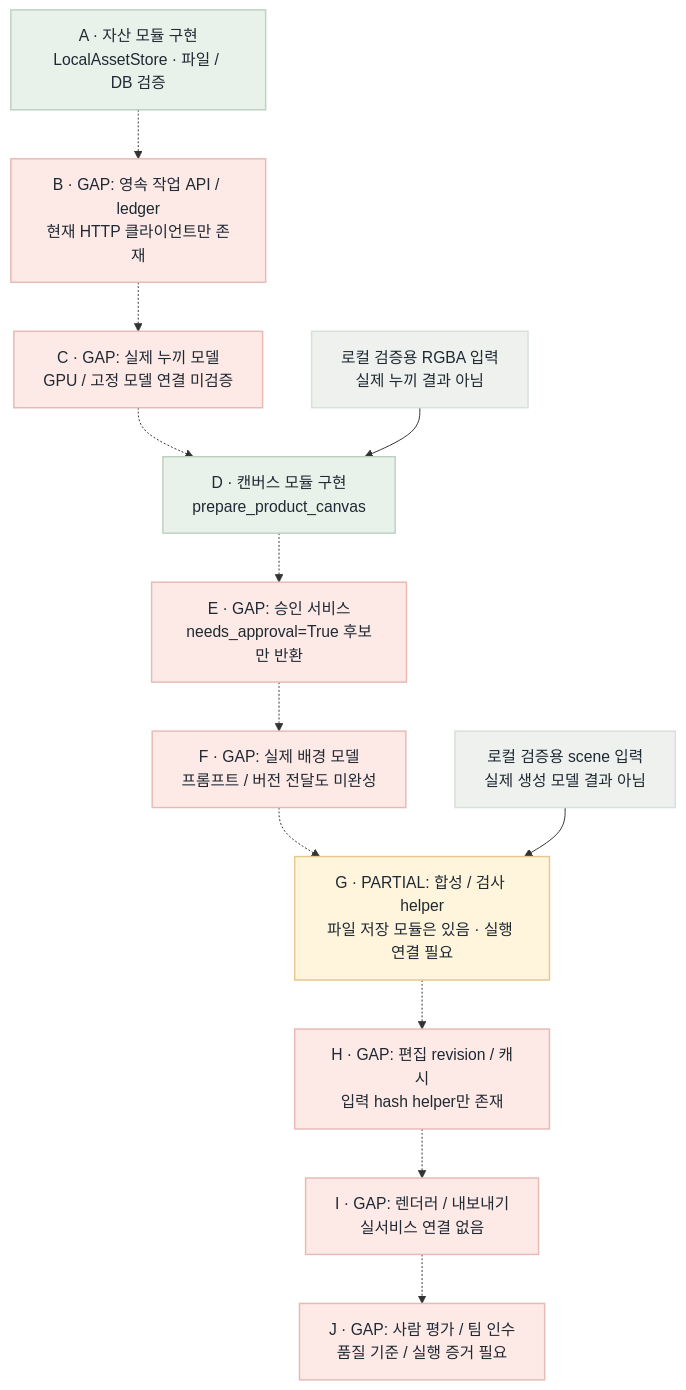
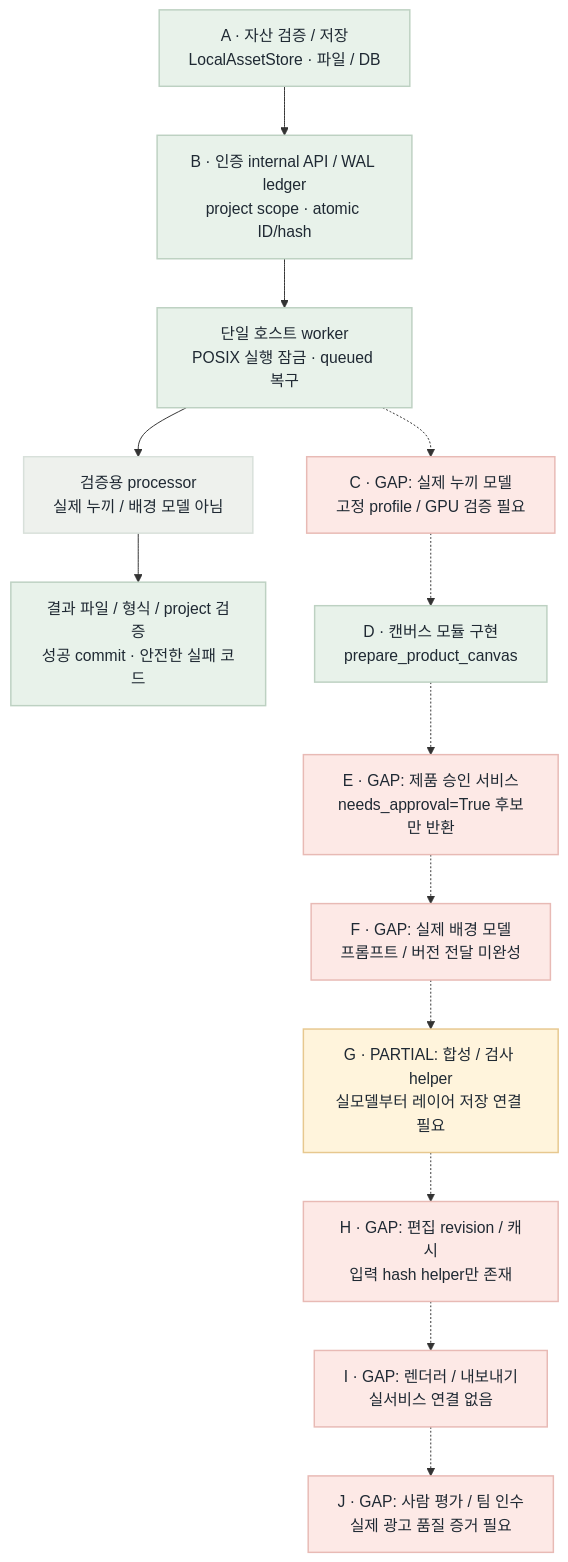
Before and after one commit to uyt5041-lab/beauty-ai-models: the second of 2 diagrams in fivecircles/architecture/spec/image-runtime-flow.md, drawn with Mermaid. The commit also changed other lines of this file and 21 other files, not shown here.

````diff
--- a/fivecircles/architecture/spec/image-runtime-flow.md
+++ b/fivecircles/architecture/spec/image-runtime-flow.md
@@ -41,23 +41,24 @@
 ```mermaid
 flowchart TB
-    A["A · 자산 모듈 구현<br/>LocalAssetStore · 파일 / DB 검증"]:::green
-    B["B · GAP: 영속 작업 API / ledger<br/>현재 HTTP 클라이언트만 존재"]:::red
-    C["C · GAP: 실제 누끼 모델<br/>GPU / 고정 모델 연결 미검증"]:::red
+    A["A · 자산 검증 / 저장<br/>LocalAssetStore · 파일 / DB"]:::green
+    B["B · 인증 internal API / WAL ledger<br/>project scope · atomic ID/hash"]:::green
+    W["단일 호스트 worker<br/>POSIX 실행 잠금 · queued 복구"]:::green
+    T["검증용 processor<br/>실제 누끼 / 배경 모델 아님"]:::gray
+    R["결과 파일 / 형식 / project 검증<br/>성공 commit · 안전한 실패 코드"]:::green
+    C["C · GAP: 실제 누끼 모델<br/>고정 profile / GPU 검증 필요"]:::red
     D["D · 캔버스 모듈 구현<br/>prepare_product_canvas"]:::green
-    E["E · GAP: 승인 서비스<br/>needs_approval=True 후보만 반환"]:::red
-    F["F · GAP: 실제 배경 모델<br/>프롬프트 / 버전 전달도 미완성"]:::red
-    G["G · PARTIAL: 합성 / 검사 helper<br/>파일 저장 모듈은 있음 · 실행 연결 필요"]:::amber
+    E["E · GAP: 제품 승인 서비스<br/>needs_approval=True 후보만 반환"]:::red
+    F["F · GAP: 실제 배경 모델<br/>프롬프트 / 버전 전달 미완성"]:::red
+    G["G · PARTIAL: 합성 / 검사 helper<br/>실모델부터 레이어 저장 연결 필요"]:::amber
     H["H · GAP: 편집 revision / 캐시<br/>입력 hash helper만 존재"]:::red
     I["I · GAP: 렌더러 / 내보내기<br/>실서비스 연결 없음"]:::red
-    J["J · GAP: 사람 평가 / 팀 인수<br/>품질 기준 / 실행 증거 필요"]:::red
-    T["로컬 검증용 RGBA 입력<br/>실제 누끼 결과 아님"]:::gray
-    U["로컬 검증용 scene 입력<br/>실제 생성 모델 결과 아님"]:::gray
-    A -.-> B -.-> C -.-> D -.-> E -.-> F -.-> G -.-> H -.-> I -.-> J
-    T --> D
-    U --> G
+    J["J · GAP: 사람 평가 / 팀 인수<br/>실제 광고 품질 증거 필요"]:::red
+    A --> B --> W
+    W --> T --> R
+    W -.-> C -.-> D -.-> E -.-> F -.-> G -.-> H -.-> I -.-> J
 classDef green fill:#e8f2ea,stroke:#bdd1c2,color:#1f2933,stroke-width:1.5px
 classDef blue fill:#e8f0f7,stroke:#c2d3e0,color:#1f2933,stroke-width:1.5px
 classDef amber fill:#fff4dc,stroke:#e7c88f,color:#1f2933,stroke-width:1.5px
 classDef red fill:#fde9e6,stroke:#e8bab5,color:#1f2933,stroke-width:1.5px
 classDef gray fill:#eef1ed,stroke:#d8e0da,color:#1f2933,stroke-width:1.5px
 ```
````
